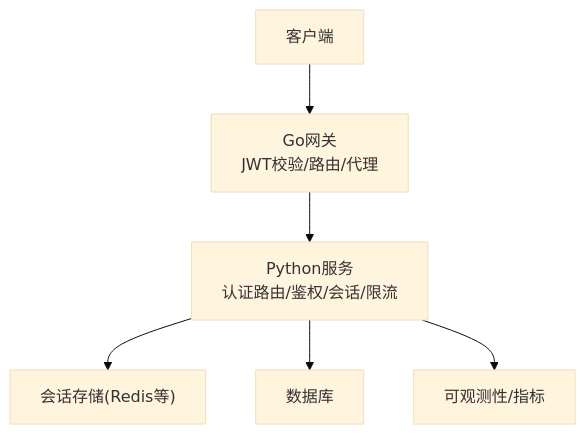
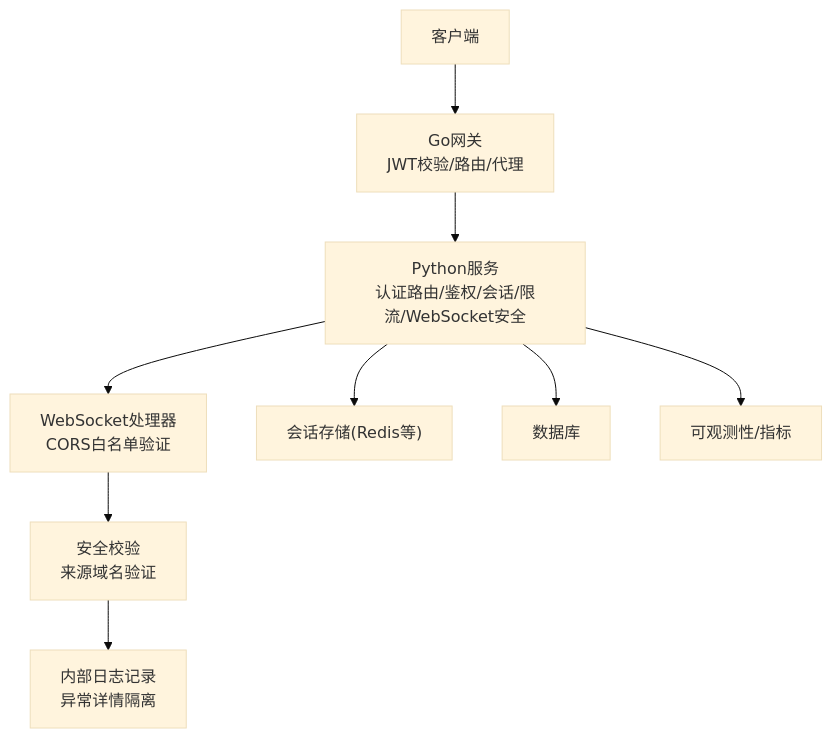
Before and after one commit to zmdhdu/NexusCockpit: the first of 6 diagrams in .qoder/repowiki/zh/content/系统架构设计/API架构/API安全与认证.md, drawn with Mermaid (base theme). The commit also changed other lines of this file and 23 other files, not shown here.

````diff
--- a/.qoder/repowiki/zh/content/系统架构设计/API架构/API安全与认证.md
+++ b/.qoder/repowiki/zh/content/系统架构设计/API架构/API安全与认证.md
@@ -48,8 +57,11 @@
 ```mermaid
 graph TB
 Client["客户端"] --> Gateway["Go网关<br/>JWT校验/路由/代理"]
-Gateway --> PyService["Python服务<br/>认证路由/鉴权/会话/限流"]
+Gateway --> PyService["Python服务<br/>认证路由/鉴权/会话/限流/WebSocket安全"]
+PyService --> WSHandler["WebSocket处理器<br/>CORS白名单验证"]
 PyService --> SessionStore["会话存储(Redis等)"]
 PyService --> DB["数据库"]
 PyService --> Metrics["可观测性/指标"]
+WSHandler --> SecurityCheck["安全校验<br/>来源域名验证"]
+SecurityCheck --> InternalLog["内部日志记录<br/>异常详情隔离"]
 ```
````
